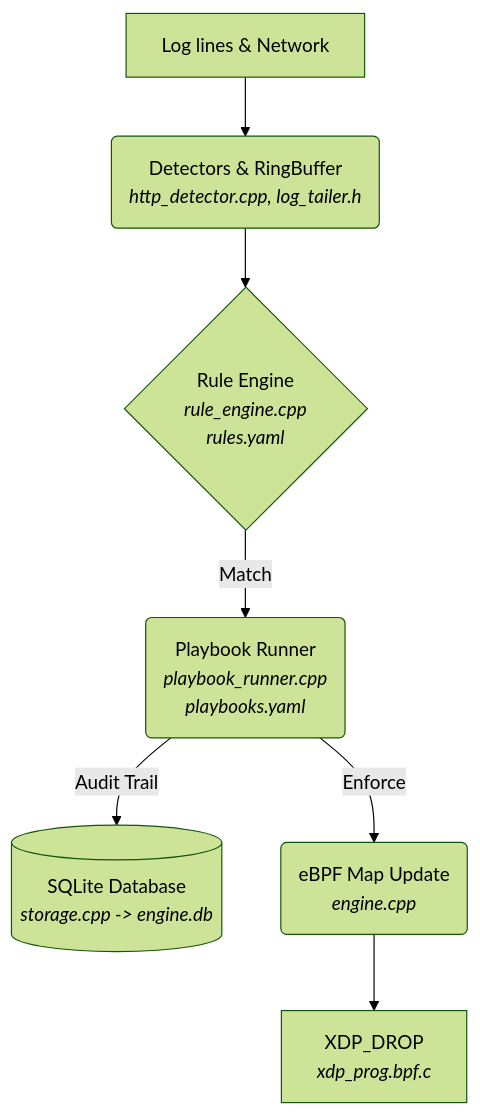
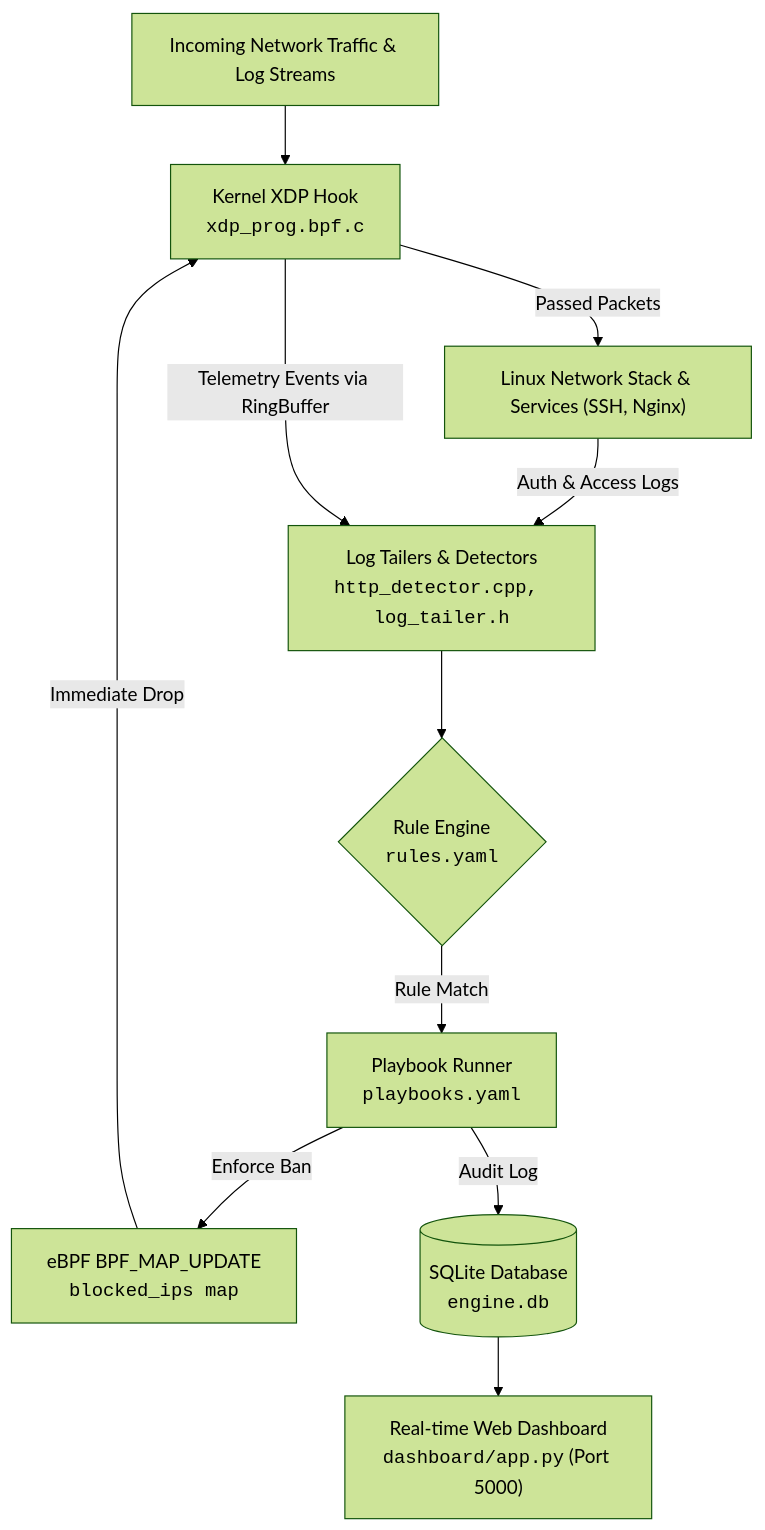
The diagram in README.md (v1shad/xdp-engine), drawn with Mermaid (forest theme) before and after one commit. The commit also changed other lines of this file and 3 other files, not shown here.

````diff
--- a/README.md
+++ b/README.md
@@ -21,9 +49,13 @@
 ```mermaid
 flowchart TD
-    A["Log lines & Network"] --> B("Detectors & RingBuffer<br><i>http_detector.cpp, log_tailer.h</i>")
-    B --> C{"Rule Engine<br><i>rule_engine.cpp<br>rules.yaml</i>"}
-    C -- Match --> D("Playbook Runner<br><i>playbook_runner.cpp<br>playbooks.yaml</i>")
-    D -- Audit Trail --> E[("SQLite Database<br><i>storage.cpp -> engine.db</i>")]
-    D -- Enforce --> F("eBPF Map Update<br><i>engine.cpp</i>")
-    F --> G["XDP_DROP<br><i>xdp_prog.bpf.c</i>"]
+    A["Incoming Network Traffic & Log Streams"] --> B["Kernel XDP Hook<br><code>xdp_prog.bpf.c</code>"]
+    B -->|Passed Packets| C["Linux Network Stack & Services (SSH, Nginx)"]
+    C -->|Auth & Access Logs| D["Log Tailers & Detectors<br><code>http_detector.cpp, log_tailer.h</code>"]
+    B -->|Telemetry Events via RingBuffer| D
+    D --> E{"Rule Engine<br><code>rules.yaml</code>"}
+    E -->|Rule Match| F["Playbook Runner<br><code>playbooks.yaml</code>"]
+    F -->|Enforce Ban| G["eBPF BPF_MAP_UPDATE<br><code>blocked_ips map</code>"]
+    G -->|Immediate Drop| B
+    F -->|Audit Log| H[("SQLite Database<br><code>engine.db</code>")]
+    H --> I["Real-time Web Dashboard<br><code>dashboard/app.py</code> (Port 5000)"]
 ```
````
